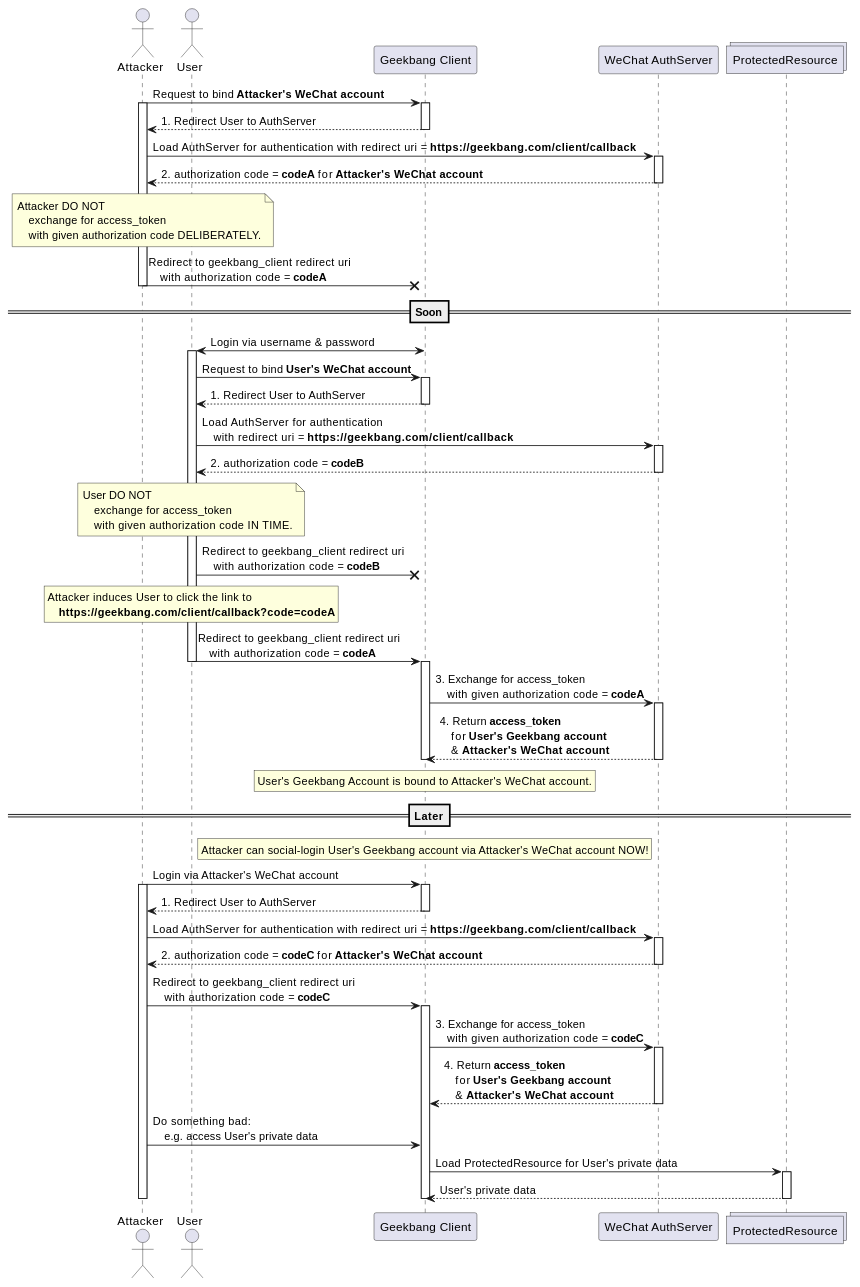
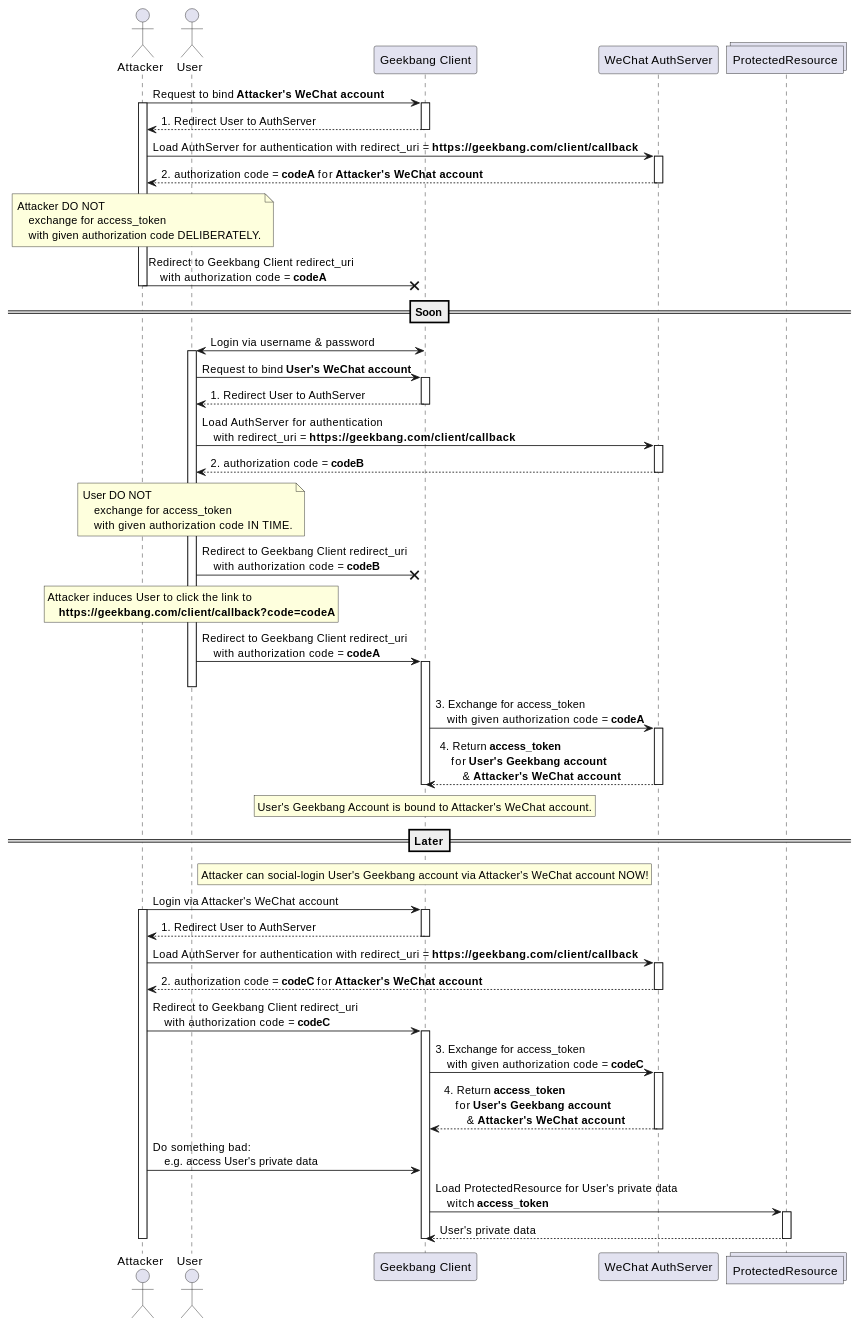
The first of 2 diagrams in auth/csrf-attack-on-oauth.md (IceHe/lib), drawn with PlantUML before and after one commit. The commit also changed other lines of this file, not shown here.

Commit message:
2021-11-04 21:01:16 Thu

```diff
--- a/auth/csrf-attack-on-oauth.md
+++ b/auth/csrf-attack-on-oauth.md
@@ -20,7 +20,7 @@
 attacker <-- geekbang_client: 1. Redirect User to AuthServer
 deactivate geekbang_client
 
-attacker -> auth_server: Load AuthServer for authentication with redirect uri = **https://geekbang.com/client/callback**
+attacker -> auth_server: Load AuthServer for authentication with redirect_uri = **https://geekbang.com/client/callback**
 activate auth_server
 attacker <-- auth_server: 2. authorization code = **codeA** for **Attacker's WeChat account**
 deactivate auth_server
@@ -31,7 +31,7 @@
         with given authorization code DELIBERATELY.
 endrnote
 
-attacker -x geekbang_client: Redirect to geekbang_client redirect uri \n    with authorization code = **codeA**
+attacker -x geekbang_client: Redirect to Geekbang Client redirect_uri \n    with authorization code = **codeA**
 deactivate attacker
 
 ==Soon==
@@ -43,7 +43,7 @@
 user <-- geekbang_client: 1. Redirect User to AuthServer
 deactivate geekbang_client
 
-user -> auth_server: Load AuthServer for authentication \n    with redirect uri = **https://geekbang.com/client/callback**
+user -> auth_server: Load AuthServer for authentication \n    with redirect_uri = **https://geekbang.com/client/callback**
 activate auth_server
 user <-- auth_server: 2. authorization code = **codeB**
 deactivate auth_server
@@ -54,20 +54,20 @@
         with given authorization code IN TIME.
 endrnote
 
-user -x geekbang_client: Redirect to geekbang_client redirect uri \n    with authorization code = **codeB**
+user -x geekbang_client: Redirect to Geekbang Client redirect_uri \n    with authorization code = **codeB**
 
 rnote over user
     Attacker induces User to click the link to
         **https://geekbang.com/client/callback?code=codeA**
 endrnote
 
-user -> geekbang_client: Redirect to geekbang_client redirect uri \n    with authorization code = **codeA**
+user -> geekbang_client: Redirect to Geekbang Client redirect_uri \n    with authorization code = **codeA**
+activate geekbang_client
 deactivate user
-activate geekbang_client
 
 geekbang_client -> auth_server: 3. Exchange for access_token \n    with given authorization code = **codeA**
 activate auth_server
-geekbang_client <-- auth_server: 4. Return **access_token** \n    for **User's Geekbang account** \n    & **Attacker's WeChat account**
+geekbang_client <-- auth_server: 4. Return **access_token** \n    for **User's Geekbang account** \n        & **Attacker's WeChat account**
 deactivate auth_server
 deactivate geekbang_client
 
@@ -87,21 +87,21 @@
 attacker <-- geekbang_client: 1. Redirect User to AuthServer
 deactivate geekbang_client
 
-attacker -> auth_server: Load AuthServer for authentication with redirect uri = **https://geekbang.com/client/callback**
+attacker -> auth_server: Load AuthServer for authentication with redirect_uri = **https://geekbang.com/client/callback**
 activate auth_server
 attacker <-- auth_server: 2. authorization code = **codeC** for **Attacker's WeChat account**
 deactivate auth_server
 
-attacker -> geekbang_client: Redirect to geekbang_client redirect uri \n    with authorization code = **codeC**
+attacker -> geekbang_client: Redirect to Geekbang Client redirect_uri \n    with authorization code = **codeC**
 activate geekbang_client
 
 geekbang_client -> auth_server: 3. Exchange for access_token \n    with given authorization code = **codeC**
 activate auth_server
-geekbang_client <-- auth_server: 4. Return **access_token** \n    for **User's Geekbang account** \n    & **Attacker's WeChat account**
+geekbang_client <-- auth_server: 4. Return **access_token** \n    for **User's Geekbang account** \n        & **Attacker's WeChat account**
 deactivate auth_server
 
 attacker -> geekbang_client: Do something bad: \n    e.g. access User's private data
-geekbang_client -> protected_resource: Load ProtectedResource for User's private data
+geekbang_client -> protected_resource: Load ProtectedResource for User's private data \n    witch **access_token**
 activate protected_resource
 geekbang_client <-- protected_resource: User's private data
 deactivate protected_resource
```
